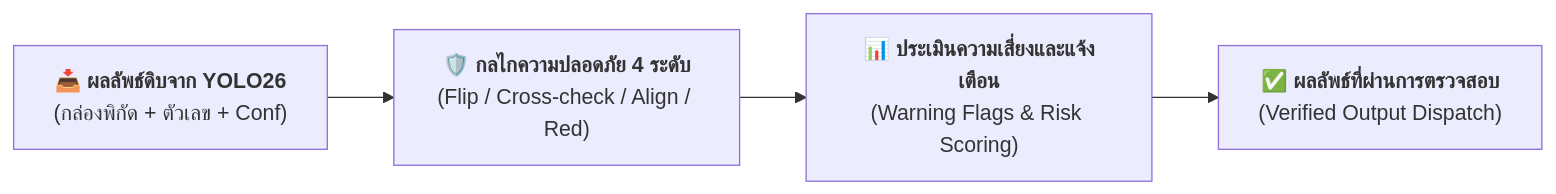
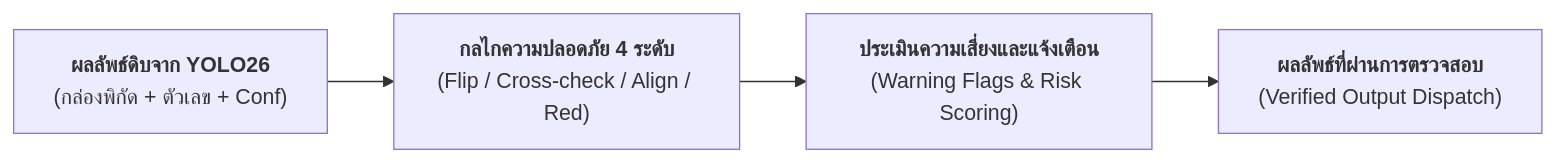
Before and after one commit to jirathxz/meter-reader: diagram 14 of 17 in TUTORIAL.md, drawn with Mermaid. The commit also changed other lines of this file and 1 other file, not shown here.

Commit message:
style(docs): remove all emojis across documentation and mermaid diagrams

````diff
--- a/TUTORIAL.md
+++ b/TUTORIAL.md
@@ -1146,6 +1146,6 @@
 ```mermaid
 flowchart LR
-  SG1["📥 <b>ผลลัพธ์ดิบจาก YOLO26</b><br/>(กล่องพิกัด + ตัวเลข + Conf)"] --> SG2["🛡️ <b>กลไกความปลอดภัย 4 ระดับ</b><br/>(Flip / Cross-check / Align / Red)"]
-  SG2 --> SG3["📊 <b>ประเมินความเสี่ยงและแจ้งเตือน</b><br/>(Warning Flags & Risk Scoring)"]
-  SG3 --> SG4["✅ <b>ผลลัพธ์ที่ผ่านการตรวจสอบ</b><br/>(Verified Output Dispatch)"]
+  SG1["<b>ผลลัพธ์ดิบจาก YOLO26</b><br/>(กล่องพิกัด + ตัวเลข + Conf)"] --> SG2["<b>กลไกความปลอดภัย 4 ระดับ</b><br/>(Flip / Cross-check / Align / Red)"]
+  SG2 --> SG3["<b>ประเมินความเสี่ยงและแจ้งเตือน</b><br/>(Warning Flags & Risk Scoring)"]
+  SG3 --> SG4["<b>ผลลัพธ์ที่ผ่านการตรวจสอบ</b><br/>(Verified Output Dispatch)"]
 ```
````
